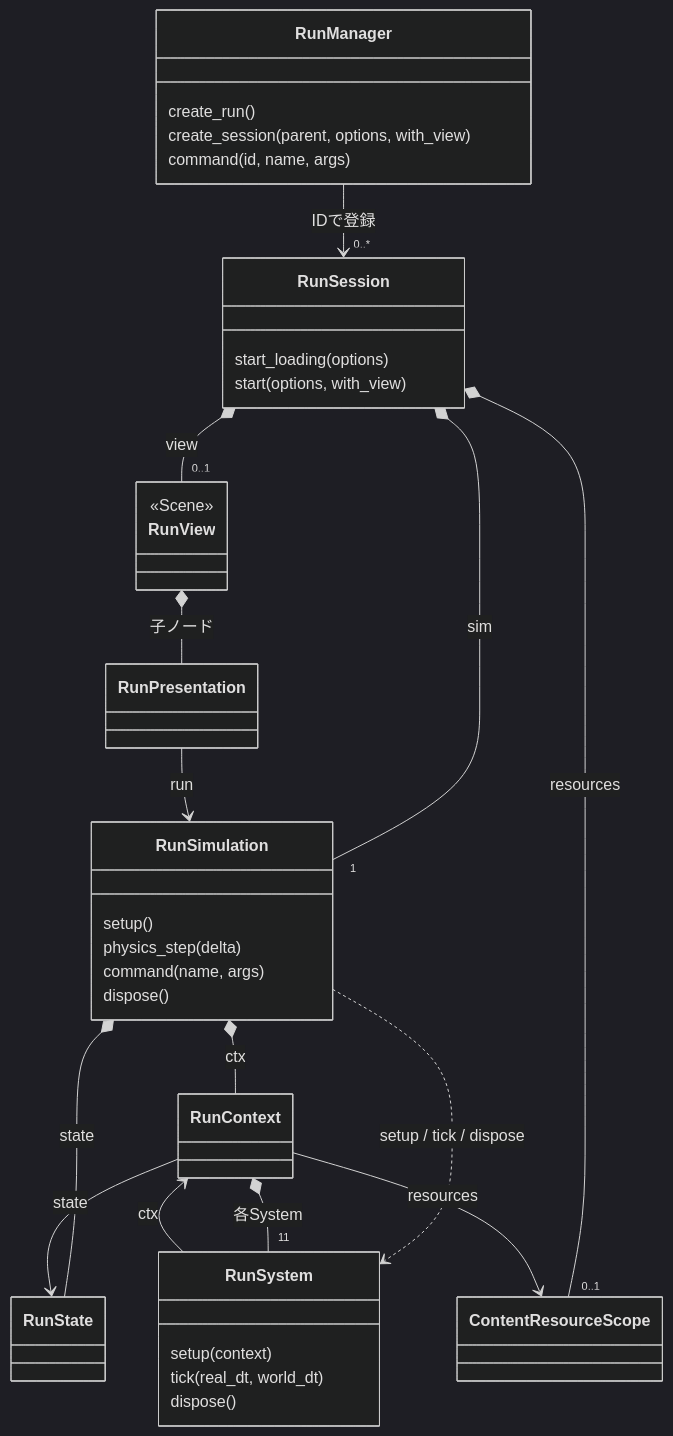
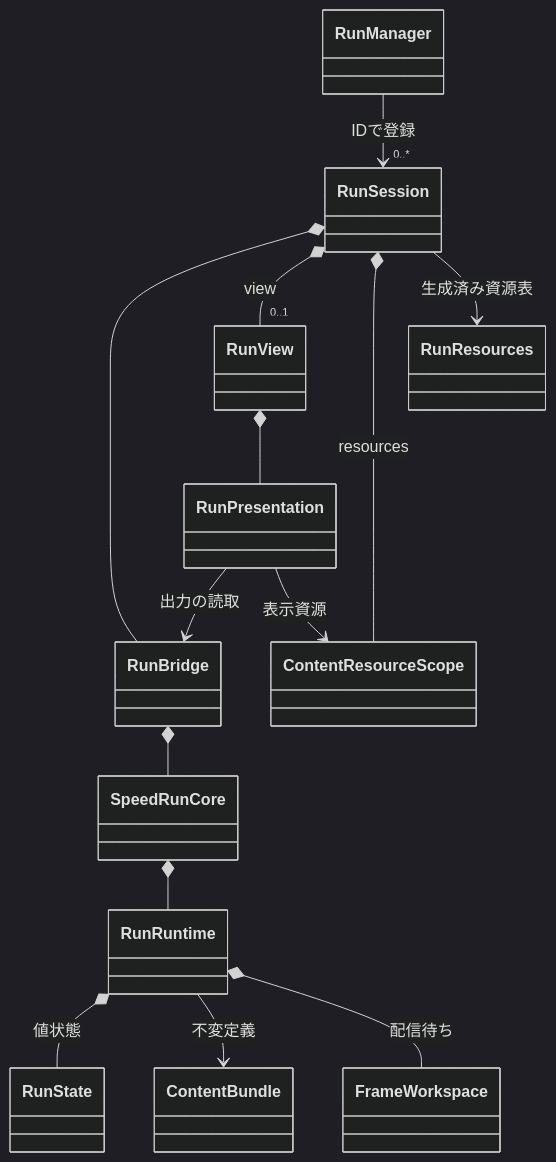
The first of 4 diagrams in docs/architecture.md (Tomatoguy1029/speed), drawn with Mermaid (dark theme) before and after one commit. The commit also changed other lines of this file and 3 other files, not shown here.

````diff
--- a/docs/architecture.md
+++ b/docs/architecture.md
@@ -158,39 +150,16 @@
 ```mermaid
 classDiagram
-  class RunManager {
-    create_run()
-    create_session(parent, options, with_view)
-    command(id, name, args)
-  }
-  class RunSession {
-    start_loading(options)
-    start(options, with_view)
-  }
-  class RunSimulation {
-    setup()
-    physics_step(delta)
-    command(name, args)
-    dispose()
-  }
-  class RunSystem {
-    setup(context)
-    tick(real_dt, world_dt)
-    dispose()
-  }
-  class RunView {
-    <<Scene>>
-  }
   RunManager --> "0..*" RunSession : IDで登録
-  RunSession *-- "1" RunSimulation : sim
+  RunSession *-- RunBridge
   RunSession *-- "0..1" RunView : view
-  RunSession *-- "0..1" ContentResourceScope : resources
-  RunView *-- RunPresentation : 子ノード
-  RunSimulation *-- RunContext : ctx
-  RunSimulation *-- RunState : state
-  RunSimulation ..> RunSystem : setup / tick / dispose
-  RunContext *-- "11" RunSystem : 各System
-  RunContext --> RunState : state
-  RunContext --> ContentResourceScope : resources
-  RunSystem --> RunContext : ctx
-  RunPresentation --> RunSimulation : run
+  RunSession *-- ContentResourceScope : resources
+  RunSession --> RunResources : 生成済み資源表
+  RunBridge *-- SpeedRunCore
+  SpeedRunCore *-- RunRuntime
+  RunRuntime *-- RunState : 値状態
+  RunRuntime --> ContentBundle : 不変定義
+  RunRuntime *-- FrameWorkspace : 配信待ち
+  RunView *-- RunPresentation
+  RunPresentation --> RunBridge : 出力の読取
+  RunPresentation --> ContentResourceScope : 表示資源
 ```
````
